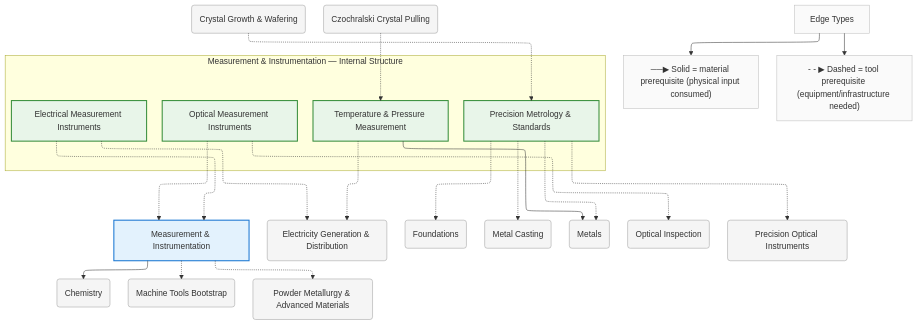
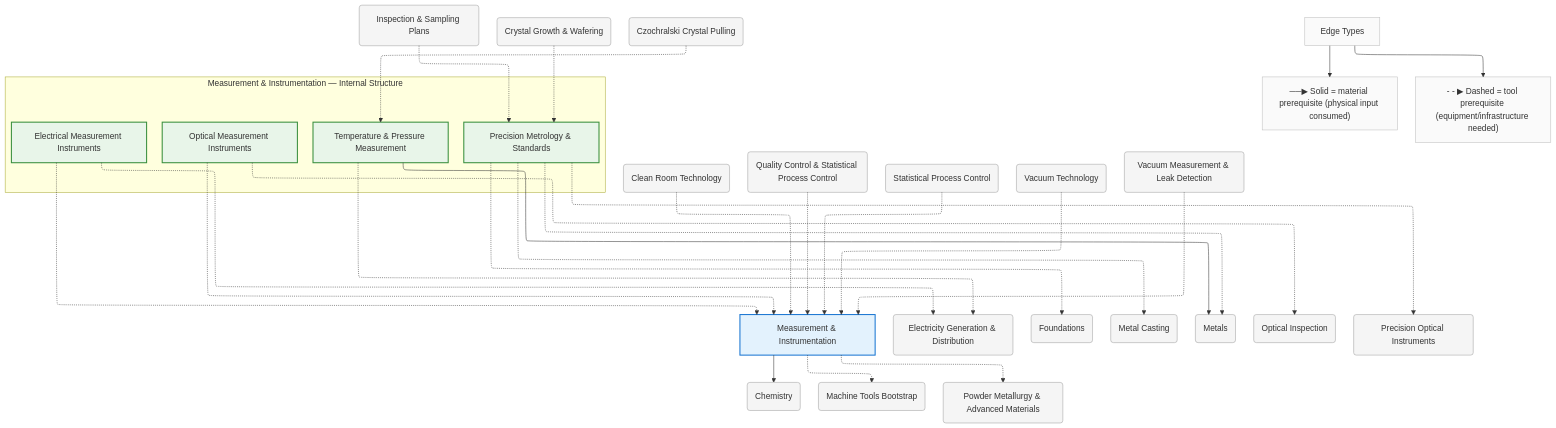
One commit to egofree/TechTree changed the diagram in diagrams/mermaid/measurement.mmd. Above: the diagram before and after it, drawn with Mermaid. The commit also changed 56 other files, not shown here.

```diff
--- a/diagrams/mermaid/measurement.mmd
+++ b/diagrams/mermaid/measurement.mmd
@@ -1,77 +1,95 @@
 %%{init: {"flowchart": {"defaultRenderer": "elk", "htmlLabels": true}}}%%
 graph TD
     %% Domain: Measurement & Instrumentation
 
     %% ==================== INTERNAL NODES ====================
     subgraph measurement_internal ["Measurement & Instrumentation — Internal Structure"]
         direction TB
         measurement_precision-metrology["Precision Metrology & Standards"]
         measurement_temperature-pressure["Temperature & Pressure Measurement"]
         measurement_electrical-instruments["Electrical Measurement Instruments"]
         measurement_optical-instruments["Optical Measurement Instruments"]
     end
 
     %% ==================== DOMAIN NODE ====================
     measurement["Measurement & Instrumentation"]
 
     %% ==================== EXTERNAL DEPENDENCIES ====================
     chemistry("Chemistry")
+    cleanrooms("Clean Room Technology")
     energy_electricity("Electricity Generation & Distribution")
     foundations("Foundations")
     machine-tools("Machine Tools Bootstrap")
     machine-tools_casting("Metal Casting")
     metals("Metals")
     metals_powder-metallurgy("Powder Metallurgy & Advanced Materials")
     optics_inspection("Optical Inspection")
     optics_precision-instruments("Precision Optical Instruments")
+    quality-control("Quality Control & Statistical Process Control")
+    quality-control_inspection-sampling("Inspection & Sampling Plans")
+    quality-control_spc("Statistical Process Control")
     silicon_crystal-growth("Crystal Growth & Wafering")
     silicon_crystal-growth_cz-pulling("Czochralski Crystal Pulling")
+    vacuum("Vacuum Technology")
+    vacuum_measurement("Vacuum Measurement & Leak Detection")
 
     %% ==================== EDGES ====================
     measurement_electrical-instruments -.-> measurement
     measurement_optical-instruments -.-> measurement
     measurement_precision-metrology -.-> machine-tools_casting
     measurement -.-> machine-tools
     measurement --> chemistry
     silicon_crystal-growth -.-> measurement_precision-metrology
     measurement_precision-metrology -.-> foundations
     measurement_precision-metrology -.-> metals
     silicon_crystal-growth_cz-pulling -.-> measurement_temperature-pressure
     measurement_temperature-pressure -.-> energy_electricity
     measurement_temperature-pressure --> metals
     measurement -.-> metals_powder-metallurgy
     measurement_electrical-instruments -.-> energy_electricity
     measurement_optical-instruments -.-> optics_inspection
     measurement_precision-metrology -.-> optics_precision-instruments
+    cleanrooms -.-> measurement
+    quality-control -.-> measurement
+    quality-control_spc -.-> measurement
+    quality-control_inspection-sampling -.-> measurement_precision-metrology
+    vacuum -.-> measurement
+    vacuum_measurement -.-> measurement
 
     %% ==================== EDGE TYPE LEGEND ====================
     EdgeLegend["Edge Types"]
     EdgeLegend --> MatNote["──▶ Solid = material prerequisite (physical input consumed)"]
     EdgeLegend --> ToolNote["- - ▶ Dashed = tool prerequisite (equipment/infrastructure needed)"]
 
     %% ==================== STYLING ====================
     classDef domain fill:#e3f2fd,stroke:#1976d2,stroke-width:2px
     classDef capability fill:#e8f5e9,stroke:#388e3c,stroke-width:2px
     classDef process fill:#fff3e0,stroke:#f57c00,stroke-width:2px
     classDef critical fill:#fff3e0,stroke:#f57c00,stroke-width:3px
     classDef earlyWin fill:#e8f5e9,stroke:#388e3c,stroke-width:3px
     classDef pinnacle fill:#fce4ec,stroke:#c62828,stroke-width:3px
     classDef external fill:#f5f5f5,stroke:#9e9e9e,stroke-width:1px
     classDef legend fill:#fafafa,stroke:#bdbdbd,stroke-width:1px
     class measurement domain
     class measurement_precision-metrology capability
     class measurement_temperature-pressure capability
     class measurement_electrical-instruments capability
     class measurement_optical-instruments capability
     class chemistry external
+    class cleanrooms external
     class energy_electricity external
     class foundations external
     class machine-tools external
     class machine-tools_casting external
     class metals external
     class metals_powder-metallurgy external
     class optics_inspection external
     class optics_precision-instruments external
+    class quality-control external
+    class quality-control_inspection-sampling external
+    class quality-control_spc external
     class silicon_crystal-growth external
     class silicon_crystal-growth_cz-pulling external
+    class vacuum external
+    class vacuum_measurement external
     class EdgeLegend,MatNote,ToolNote legend
```
